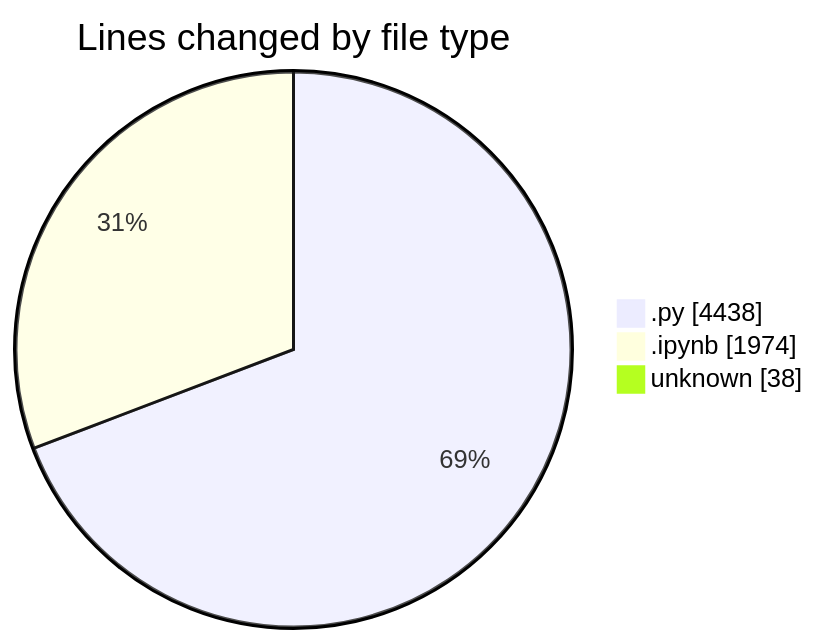
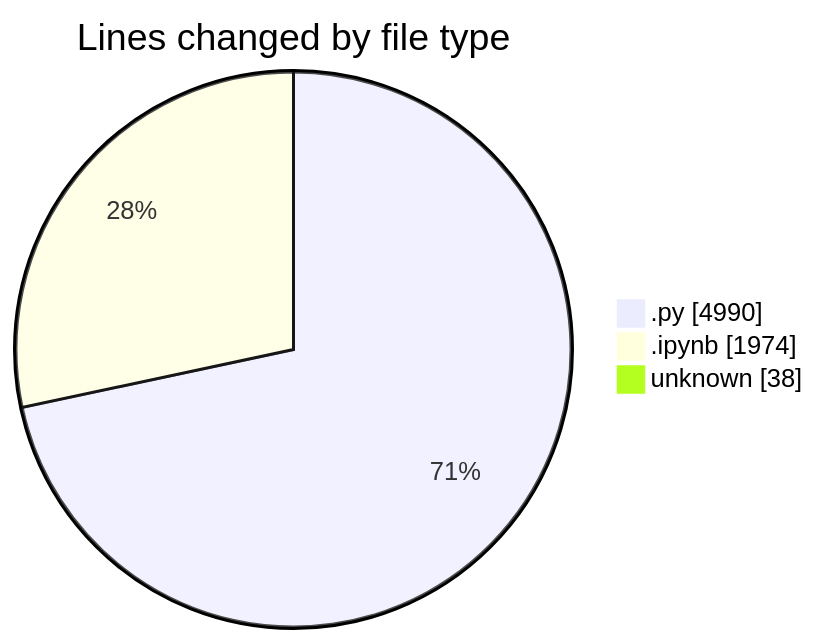
The first of 2 diagrams in 2025-03-21/myws__workspace_/README.md (MatusMokan/code-tracking), drawn with Mermaid before and after one commit. The commit also changed other lines of this file and 1 other file, not shown here.

````diff
--- a/2025-03-21/myws__workspace_/README.md
+++ b/2025-03-21/myws__workspace_/README.md
@@ -25,7 +25,7 @@
 ```mermaid
 pie showData
 title Lines changed by file type
-".py" : 4438
+".py" : 4990
 ".ipynb" : 1974
 "unknown" : 38
 ```
````
